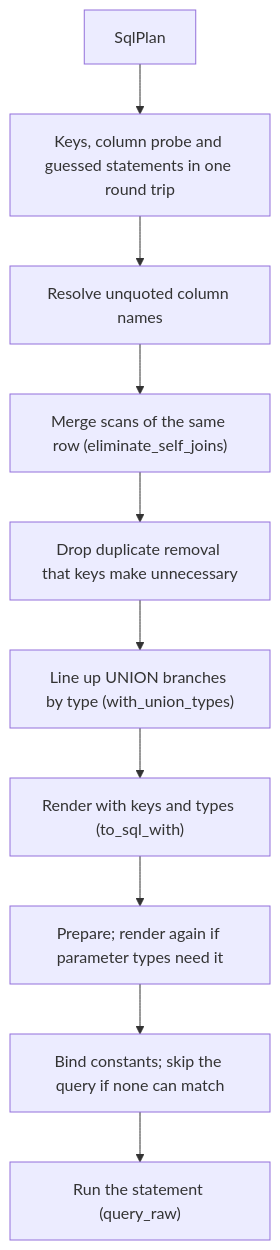
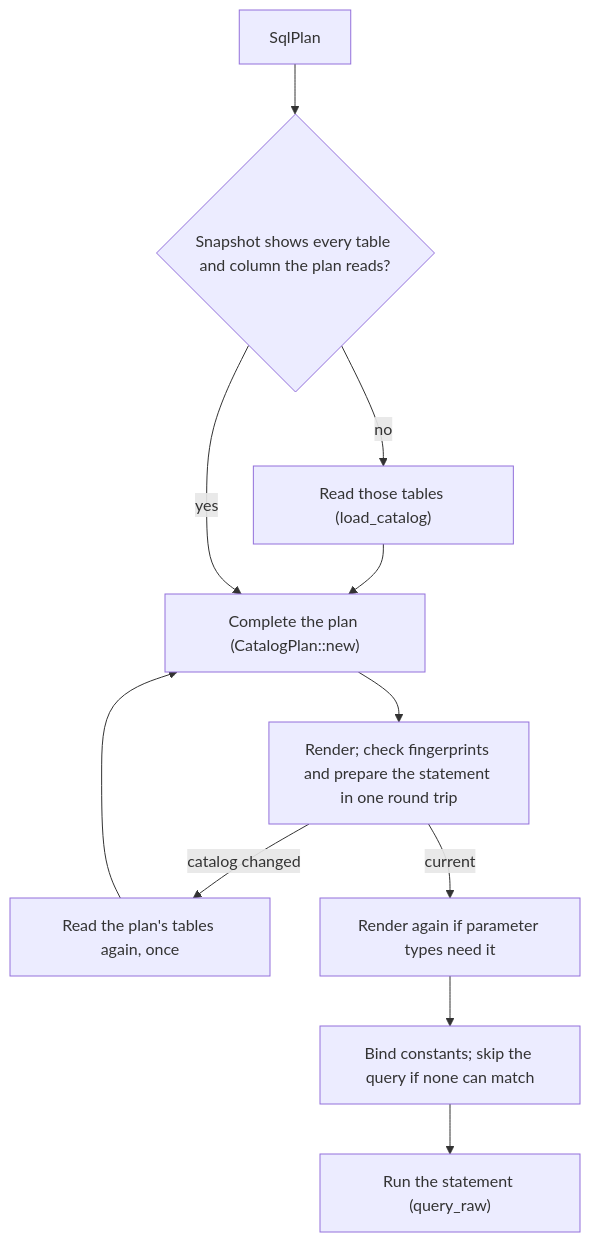
The third of 5 diagrams in docs/architecture.md (CharmingGroot/sparql-v12n), drawn with Mermaid before and after one commit. The commit also changed other lines of this file and 26 other files, not shown here.

First line of the commit message:
feat: plan on a catalog snapshot checked by a fingerprint per query

````diff
--- a/docs/architecture.md
+++ b/docs/architecture.md
@@ -110,12 +110,13 @@
 ```mermaid
 flowchart TD
-    plan["SqlPlan"] --> trip["Keys, column probe and guessed statements in one round trip"]
-    trip --> names["Resolve unquoted column names"]
-    names --> merge["Merge scans of the same row (eliminate_self_joins)"]
-    merge --> dup["Drop duplicate removal that keys make unnecessary"]
-    dup --> types["Line up UNION branches by type (with_union_types)"]
-    types --> render["Render with keys and types (to_sql_with)"]
-    render --> prepare["Prepare; render again if parameter types need it"]
-    prepare --> bind["Bind constants; skip the query if none can match"]
+    plan["SqlPlan"] --> covers{"Snapshot shows every table and column the plan reads?"}
+    covers -- no --> load["Read those tables (load_catalog)"]
+    load --> complete
+    covers -- yes --> complete["Complete the plan (CatalogPlan::new)"]
+    complete --> trip["Render; check fingerprints and prepare the statement in one round trip"]
+    trip -- catalog changed --> reload["Read the plan's tables again, once"]
+    reload --> complete
+    trip -- current --> retype["Render again if parameter types need it"]
+    retype --> bind["Bind constants; skip the query if none can match"]
     bind --> run["Run the statement (query_raw)"]
 ```
````
